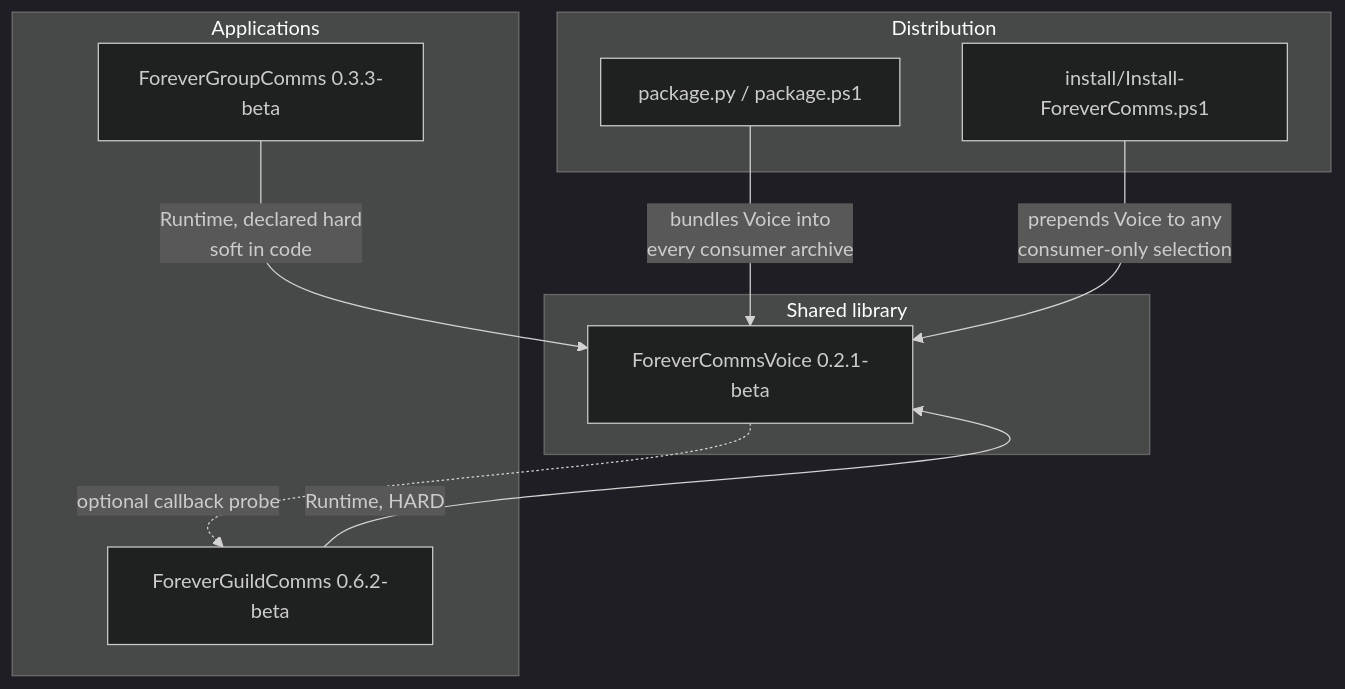
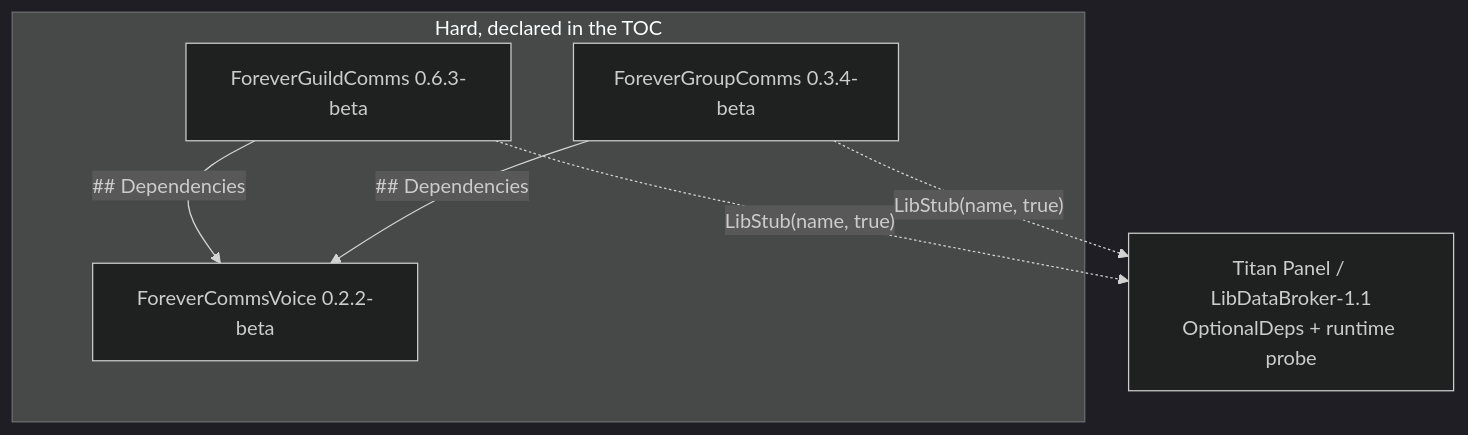
The diagram in aidlc-docs/inception/reverse-engineering/dependencies.md (mreillyorg/ForeverCommsBundle), drawn with Mermaid (dark theme) before and after one commit. The commit also changed other lines of this file and 30 other files, not shown here.

````diff
--- a/aidlc-docs/inception/reverse-engineering/dependencies.md
+++ b/aidlc-docs/inception/reverse-engineering/dependencies.md
@@ -8,20 +9,13 @@
 ```mermaid
-flowchart TB
-    subgraph Shared["Shared library"]
-        Voice["ForeverCommsVoice 0.2.1-beta"]
+graph TD
+    subgraph Hard["Hard, declared in the TOC"]
+        Voice["ForeverCommsVoice 0.2.2-beta"]
+        Guild["ForeverGuildComms 0.6.3-beta"]
+        Group["ForeverGroupComms 0.3.4-beta"]
     end
-    subgraph Apps["Applications"]
-        Guild["ForeverGuildComms 0.6.2-beta"]
-        Group["ForeverGroupComms 0.3.3-beta"]
-    end
-    subgraph Dist["Distribution"]
-        Builders["package.py / package.ps1"]
-        Installer["install/Install-ForeverComms.ps1"]
-    end
-
-    Guild -->|"Runtime, HARD"| Voice
-    Group -->|"Runtime, declared hard<br/>soft in code"| Voice
-    Voice -.->|"optional callback probe"| Guild
-    Builders -->|"bundles Voice into<br/>every consumer archive"| Voice
-    Installer -->|"prepends Voice to any<br/>consumer-only selection"| Voice
+    Titan["Titan Panel / LibDataBroker-1.1<br/>OptionalDeps + runtime probe"]
+    Guild -->|"## Dependencies"| Voice
+    Group -->|"## Dependencies"| Voice
+    Guild -.->|"LibStub(name, true)"| Titan
+    Group -.->|"LibStub(name, true)"| Titan
 ```
````
